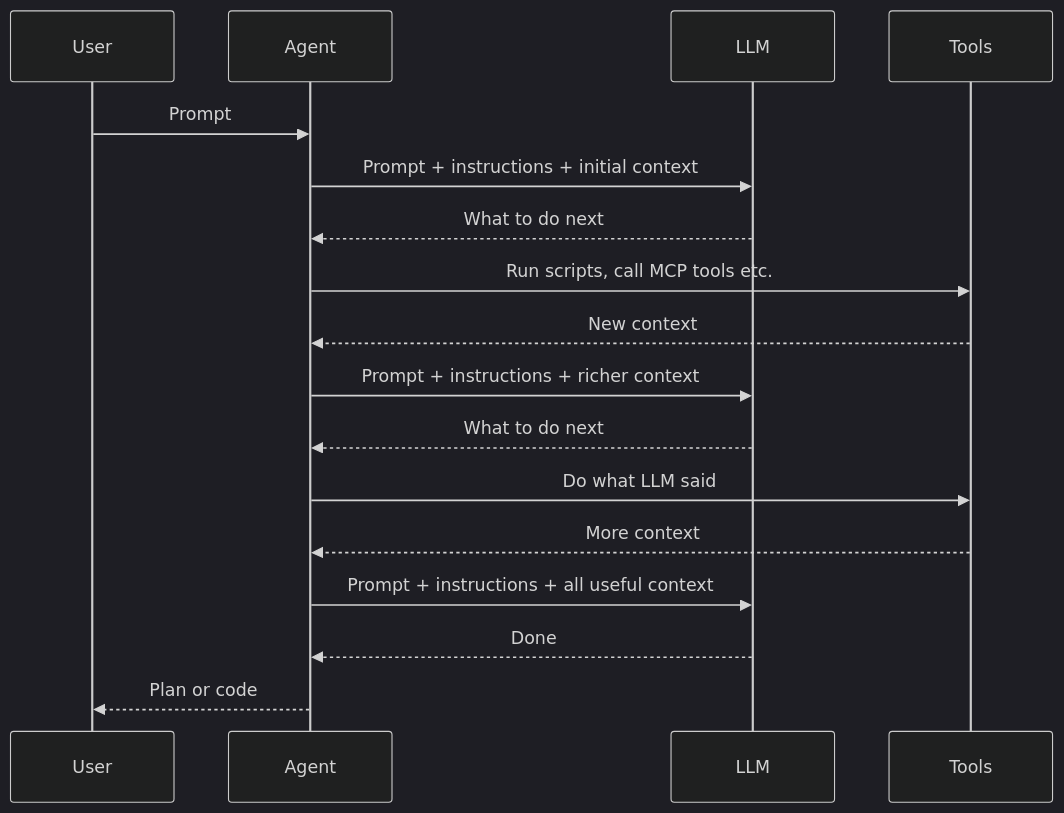
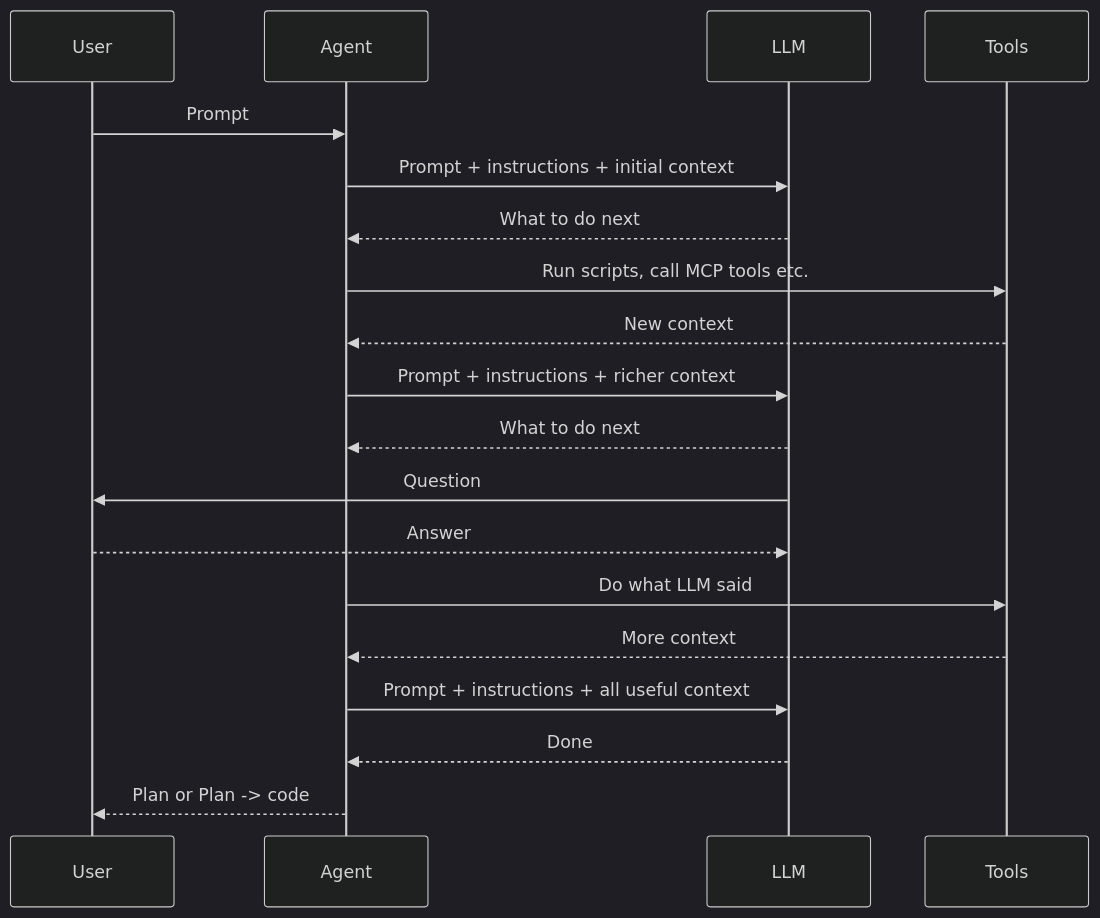
One commit to iJustHelp/dev-context-mcp-server changed the second of 3 diagrams in design/theory.md. Above: the diagram before and after it, drawn with Mermaid (dark theme). The commit also changed other lines of this file, not shown here.

Commit message:
flowchart

````diff
--- a/design/theory.md
+++ b/design/theory.md
@@ -4,26 +47,30 @@
 ```mermaid
 sequenceDiagram
     participant User
     participant Agent
     participant LLM
     participant Tools
 
     User->>Agent: Prompt
 
     Agent->>LLM: Prompt + instructions + initial context
     LLM-->>Agent: What to do next
 
     Agent->>Tools: Run scripts, call MCP tools etc.
     Tools-->>Agent: New context
 
     Agent->>LLM: Prompt + instructions + richer context
     LLM-->>Agent: What to do next
 
+    LLM->>User: Question
+    User-->>LLM: Answer
+    
+
     Agent->>Tools: Do what LLM said
     Tools-->>Agent: More context
 
     Agent->>LLM: Prompt + instructions + all useful context
     LLM-->>Agent: Done
 
-    Agent-->>User: Plan or code
+    Agent-->>User: Plan or Plan -> code
 ```
````
